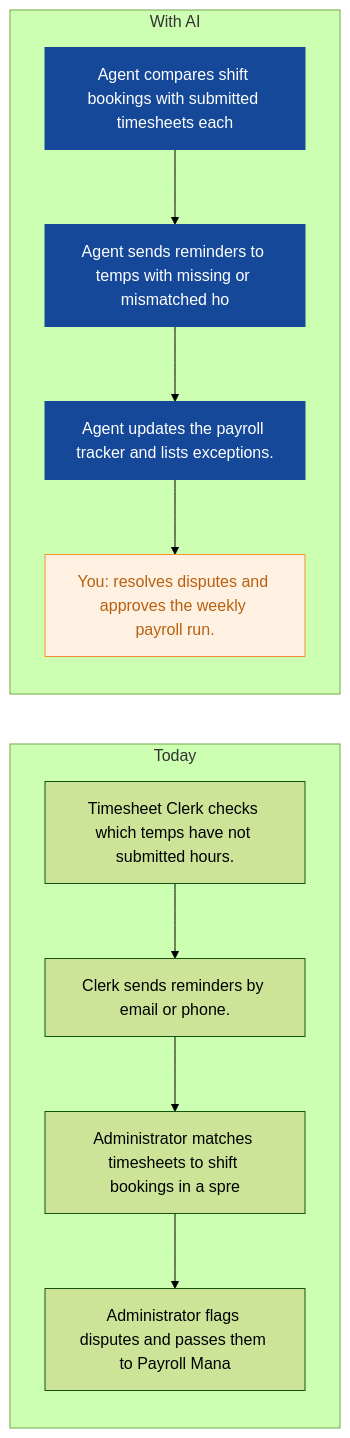
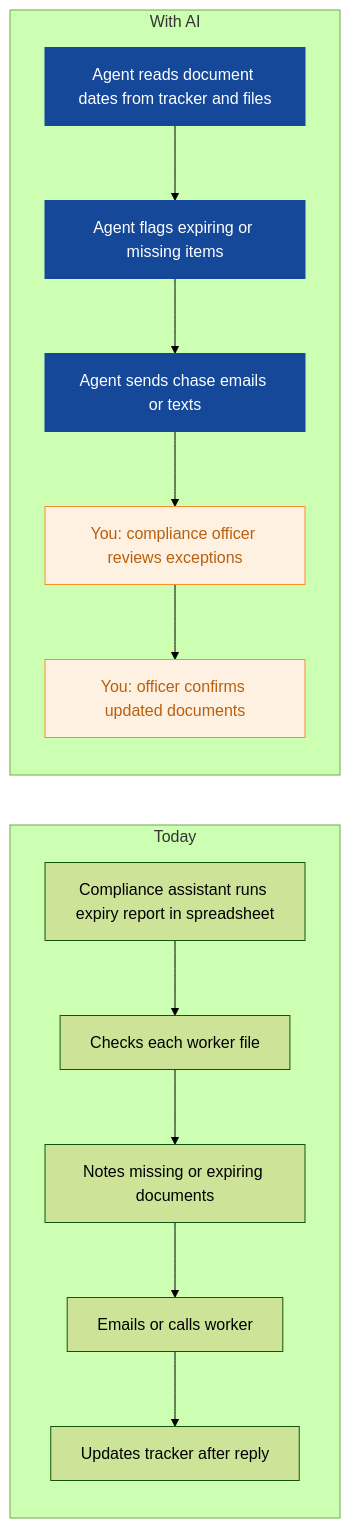
One commit to nexibeo/Complete-AI-Strategy changed the second of 9 diagrams in strategies/cobalt-crew-recruitment.md. Above: the diagram before and after it, drawn with Mermaid (forest theme). The commit also changed other lines of this file and 26 other files, not shown here.

````diff
--- a/strategies/cobalt-crew-recruitment.md
+++ b/strategies/cobalt-crew-recruitment.md
@@ -75,21 +82,23 @@
 ```mermaid
 flowchart LR
   subgraph Today
-    B0["Timesheet Clerk checks which temps have not submitted hours."]
-    B1["Clerk sends reminders by email or phone."]
-    B2["Administrator matches timesheets to shift bookings in a spre"]
-    B3["Administrator flags disputes and passes them to Payroll Mana"]
-    B0 --> B1 --> B2 --> B3
+    B0["Compliance assistant runs expiry report in spreadsheet"]
+    B1["Checks each worker file"]
+    B2["Notes missing or expiring documents"]
+    B3["Emails or calls worker"]
+    B4["Updates tracker after reply"]
+    B0 --> B1 --> B2 --> B3 --> B4
   end
   subgraph WithAI[With AI]
-    A0["Agent compares shift bookings with submitted timesheets each"]
-    A1["Agent sends reminders to temps with missing or mismatched ho"]
-    A2["Agent updates the payroll tracker and lists exceptions."]
-    A3["You: resolves disputes and approves the weekly payroll run."]
-    A0 --> A1 --> A2 --> A3
+    A0["Agent reads document dates from tracker and files"]
+    A1["Agent flags expiring or missing items"]
+    A2["Agent sends chase emails or texts"]
+    A3["You: compliance officer reviews exceptions"]
+    A4["You: officer confirms updated documents"]
+    A0 --> A1 --> A2 --> A3 --> A4
   end
   classDef ai fill:#154899,color:#fff,stroke:#154899
   classDef human fill:#FFF1E2,color:#B8600F,stroke:#F98F2C
   class A0,A1,A2 ai
-  class A3 human
+  class A3,A4 human
 ```
````
